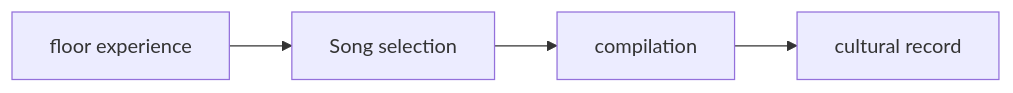
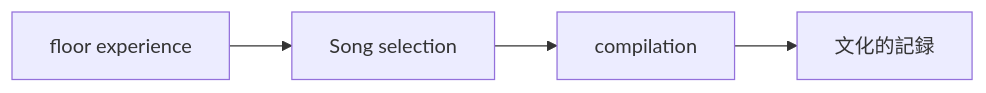
Before and after one commit to monumental-movement/monumental-movement.github.io: the third of 4 diagrams in en/_posts/2026-02-27-column-Nick Hoppner.md, drawn with Mermaid. The commit also changed other lines of this file and 1012 other files, not shown here.

```diff
--- a/en/_posts/2026-02-27-column-Nick Hoppner.md
+++ b/en/_posts/2026-02-27-column-Nick Hoppner.md
@@ -132,6 +132,6 @@
 <div class="mermaid">
 graph LR
 A[floor experience] --> B[Song selection]
 B --> C[compilation]
-C --> D[cultural record]
+C --> D[文化的記録]
 </div>
```
